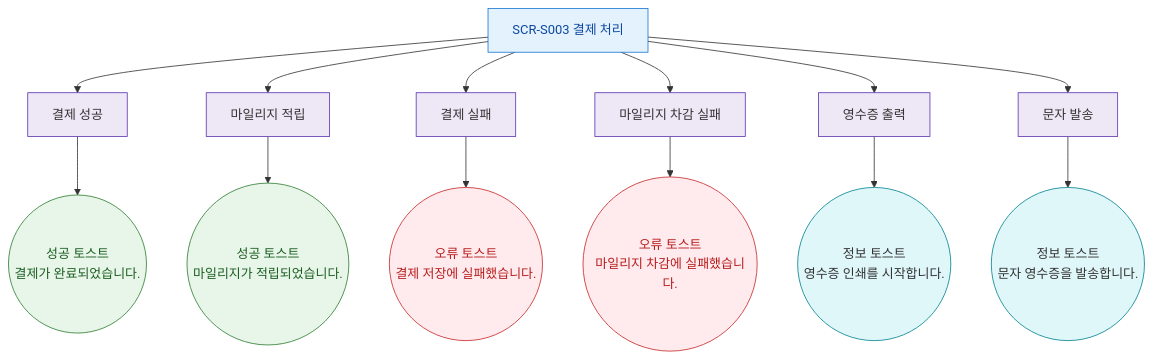
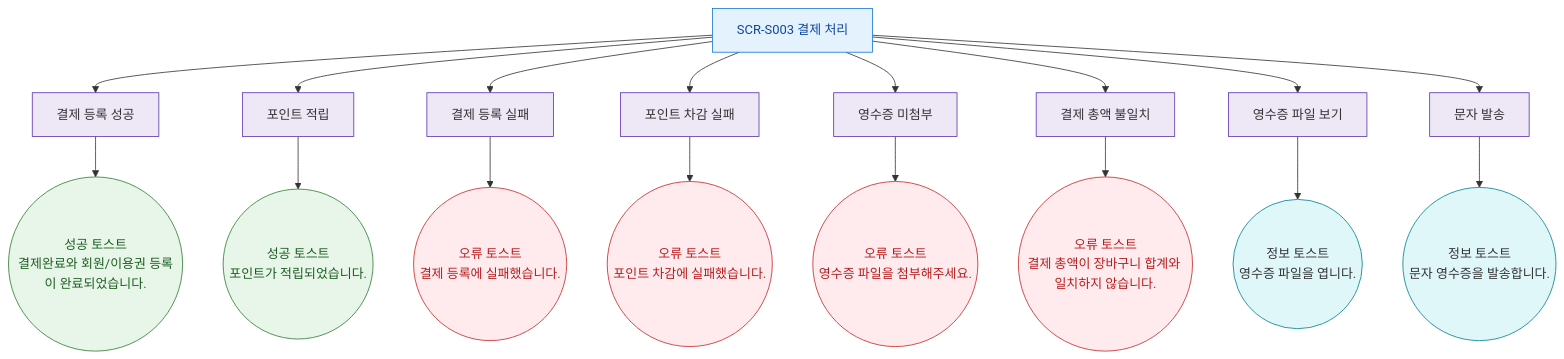
One commit to dev-spogym/admin-pando changed the diagram in docs/admin/다이어그램/D03_매출관리/SCR-S003_결제처리/F9_토스트.md. Above: the diagram before and after it, drawn with Mermaid. The commit also changed other lines of this file and 189 other files, not shown here.

````diff
--- a/docs/admin/다이어그램/D03_매출관리/SCR-S003_결제처리/F9_토스트.md
+++ b/docs/admin/다이어그램/D03_매출관리/SCR-S003_결제처리/F9_토스트.md
@@ -18,30 +18,34 @@
 ```mermaid
 flowchart TD
     S003[SCR-S003 결제 처리]
 
-    S003 --> EVT_PAY_OK[결제 성공]
-    S003 --> EVT_MILEAGE[마일리지 적립]
-    S003 --> EVT_PAY_ERR[결제 실패]
-    S003 --> EVT_MILEAGE_ERR[마일리지 차감 실패]
-    S003 --> EVT_RECEIPT[영수증 출력]
+    S003 --> EVT_PAY_OK[결제 등록 성공]
+    S003 --> EVT_POINT[포인트 적립]
+    S003 --> EVT_PAY_ERR[결제 등록 실패]
+    S003 --> EVT_POINT_ERR[포인트 차감 실패]
+    S003 --> EVT_RECEIPT_MISSING[영수증 미첨부]
+    S003 --> EVT_AMOUNT_ERR[결제 총액 불일치]
+    S003 --> EVT_RECEIPT[영수증 파일 보기]
     S003 --> EVT_SMS[문자 발송]
 
-    EVT_PAY_OK --> TOAST_S_PAY((성공 토스트\n결제가 완료되었습니다.))
-    EVT_MILEAGE --> TOAST_S_MILEAGE((성공 토스트<br/> 마일리지가 적립되었습니다.))
-    EVT_PAY_ERR --> TOAST_E_PAY((오류 토스트\n결제 저장에 실패했습니다.))
-    EVT_MILEAGE_ERR --> TOAST_E_MILEAGE((오류 토스트\n마일리지 차감에 실패했습니다.))
-    EVT_RECEIPT --> TOAST_I_RECEIPT((정보 토스트\n영수증 인쇄를 시작합니다.))
+    EVT_PAY_OK --> TOAST_S_PAY((성공 토스트\n결제완료와 회원/이용권 등록이 완료되었습니다.))
+    EVT_POINT --> TOAST_S_POINT((성공 토스트<br/> 포인트가 적립되었습니다.))
+    EVT_PAY_ERR --> TOAST_E_PAY((오류 토스트\n결제 등록에 실패했습니다.))
+    EVT_POINT_ERR --> TOAST_E_POINT((오류 토스트\n포인트 차감에 실패했습니다.))
+    EVT_RECEIPT_MISSING --> TOAST_E_RECEIPT((오류 토스트\n영수증 파일을 첨부해주세요.))
+    EVT_AMOUNT_ERR --> TOAST_E_AMOUNT((오류 토스트\n결제 총액이 장바구니 합계와 일치하지 않습니다.))
+    EVT_RECEIPT --> TOAST_I_RECEIPT((정보 토스트\n영수증 파일을 엽니다.))
     EVT_SMS --> TOAST_I_SMS((정보 토스트\n문자 영수증을 발송합니다.))
 
     classDef screen fill:#E3F2FD,stroke:#1976D2,color:#0D47A1
     classDef success fill:#E8F5E9,stroke:#2E7D32,color:#1B5E20
     classDef error fill:#FFEBEE,stroke:#C62828,color:#B71C1C
     classDef info fill:#E0F7FA,stroke:#00838F
     classDef system fill:#EDE7F6,stroke:#5E35B2
 
     class S003 screen
-    class TOAST_S_PAY,TOAST_S_MILEAGE success
-    class TOAST_E_PAY,TOAST_E_MILEAGE error
+    class TOAST_S_PAY,TOAST_S_POINT success
+    class TOAST_E_PAY,TOAST_E_POINT,TOAST_E_RECEIPT,TOAST_E_AMOUNT error
     class TOAST_I_RECEIPT,TOAST_I_SMS info
-    class EVT_PAY_OK,EVT_MILEAGE,EVT_PAY_ERR,EVT_MILEAGE_ERR,EVT_RECEIPT,EVT_SMS system
+    class EVT_PAY_OK,EVT_POINT,EVT_PAY_ERR,EVT_POINT_ERR,EVT_RECEIPT_MISSING,EVT_AMOUNT_ERR,EVT_RECEIPT,EVT_SMS system
 ```
````
